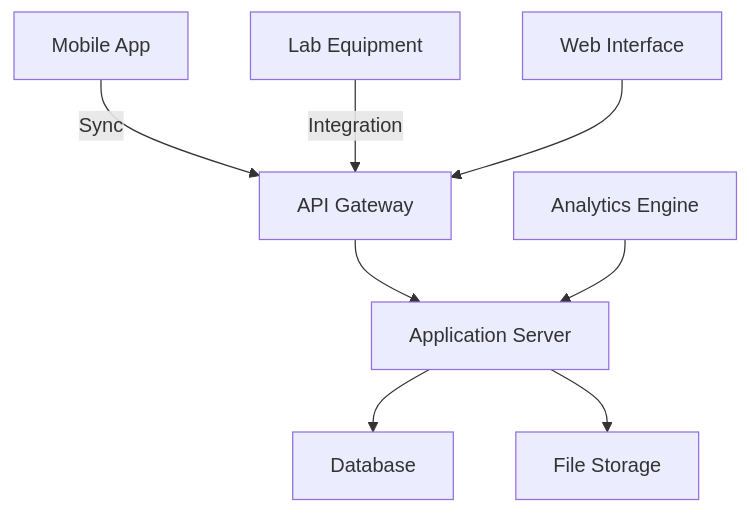
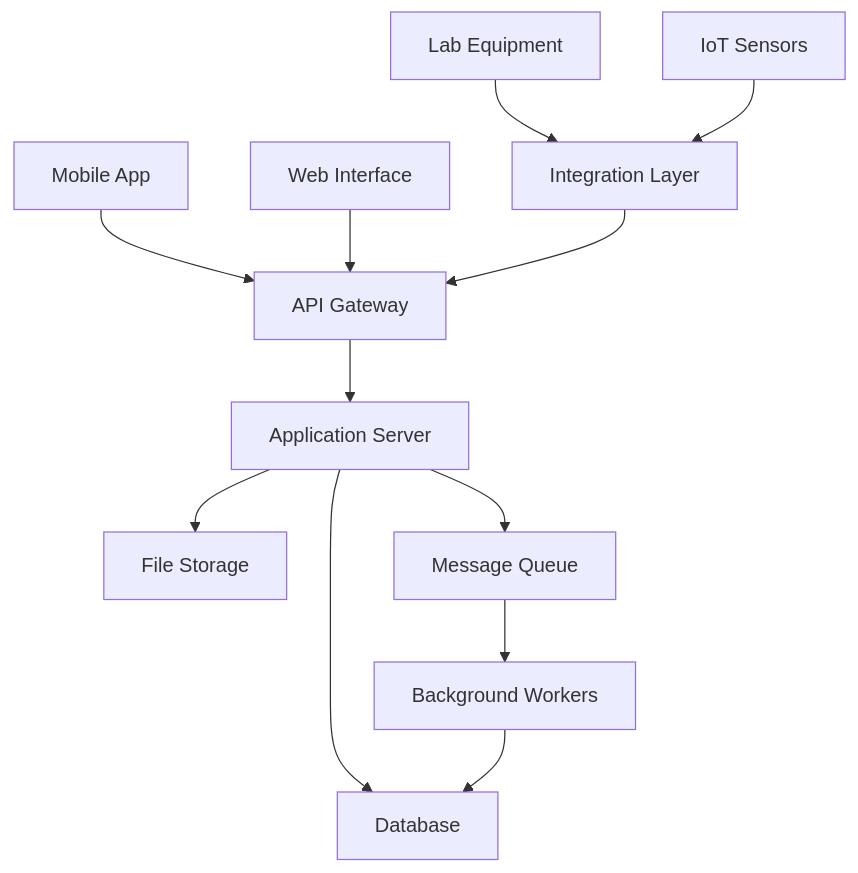
One commit to JavaAddictedDev/concrete-quality-control changed the first of 2 diagrams in README.md. Above: the diagram before and after it, drawn with Mermaid. The commit also changed other lines of this file, not shown here.

````diff
--- a/README.md
+++ b/README.md
@@ -101,10 +121,14 @@
 ```mermaid
-graph TD
-    A[Mobile App] -->|Sync| B[API Gateway]
-    B --> C[Application Server]
-    C --> D[Database]
-    C --> E[File Storage]
-    F[Lab Equipment] -->|Integration| B
-    G[Web Interface] --> B
-    H[Analytics Engine] --> C
+graph TB
+    A[Mobile App] --> B[API Gateway]
+    C[Web Interface] --> B
+    B --> D[Application Server]
+    D --> E[Database]
+    D --> F[File Storage]
+    G[Lab Equipment] --> H[Integration Layer]
+    H --> B
+    I[IoT Sensors] --> H
+    D --> J[Message Queue]
+    J --> K[Background Workers]
+    K --> E
 ```
````
